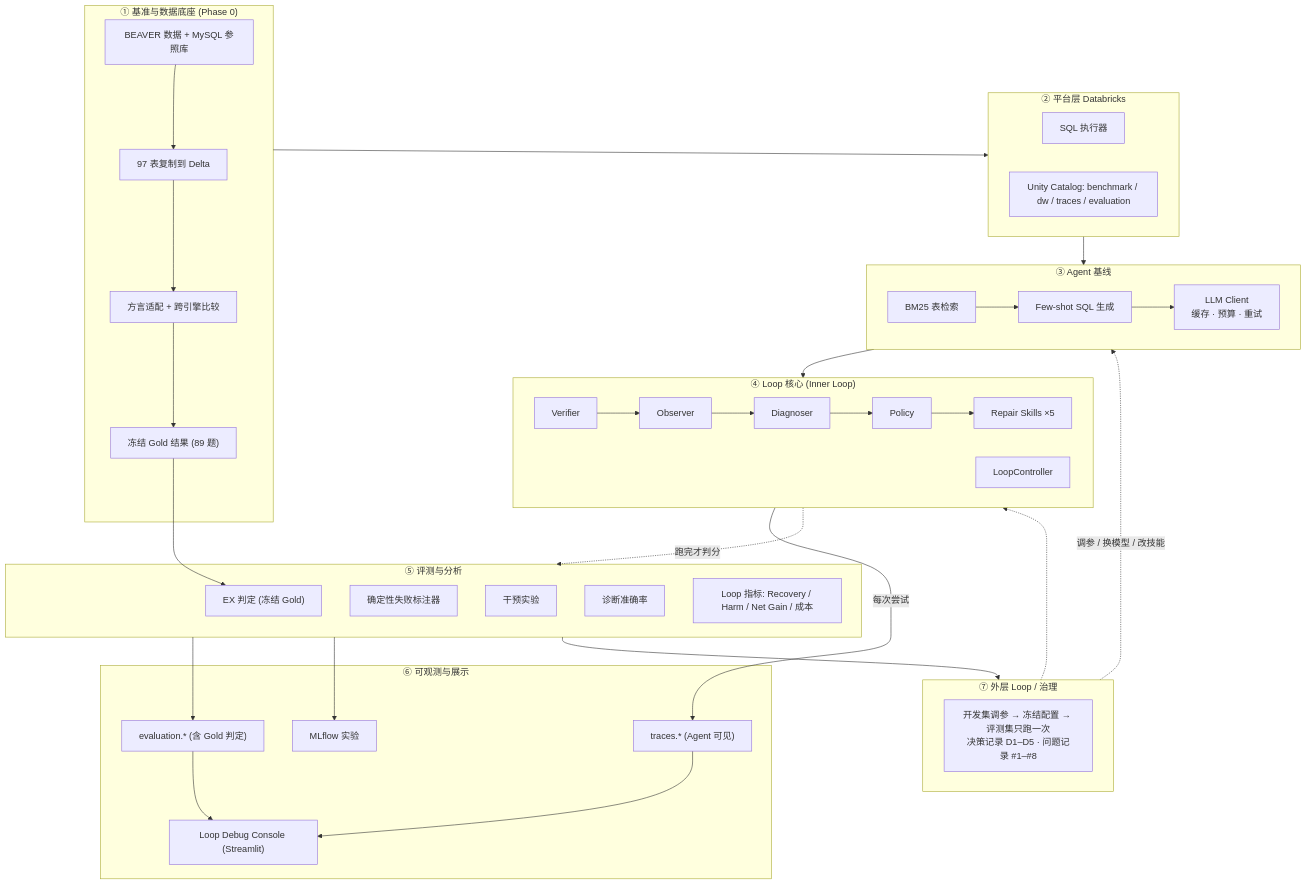
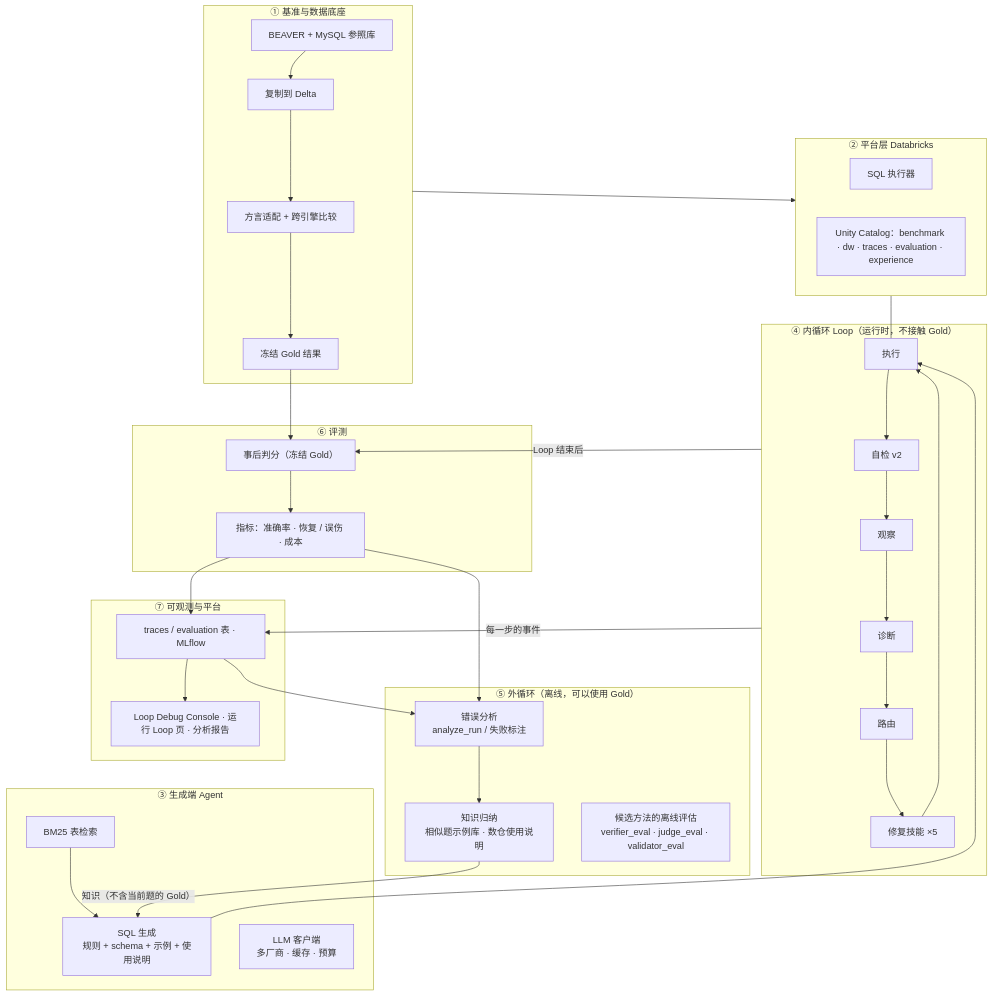
One commit to mushan-shine/Text-To-SQL-Agent changed the diagram in docs/ARCHITECTURE.md. Above: the diagram before and after it, drawn with Mermaid. The commit also changed other lines of this file and 41 other files, not shown here.

````diff
--- a/docs/ARCHITECTURE.md
+++ b/docs/ARCHITECTURE.md
@@ -22,50 +27,45 @@
 ```mermaid
 flowchart TB
-    subgraph L6["⑦ 外层 Loop / 治理"]
-        OUT["开发集调参 → 冻结配置 → 评测集只跑一次<br/>决策记录 D1–D5 · 问题记录 #1–#8"]
+    subgraph OUT["⑤ 外循环（离线，可以使用 Gold）"]
+        AN["错误分析<br/>analyze_run / 失败标注"] --> KN["知识归纳<br/>相似题示例库 · 数仓使用说明"]
+        EV2["候选方法的离线评估<br/>verifier_eval · judge_eval · validator_eval"]
     end
 
-    subgraph L5["⑥ 可观测与展示"]
-        TR["traces.* (Agent 可见)"]
-        EV["evaluation.* (含 Gold 判定)"]
-        ML["MLflow 实验"]
-        UI["Loop Debug Console (Streamlit)"]
+    subgraph GEN["③ 生成端 Agent"]
+        RT["BM25 表检索"] --> GE["SQL 生成<br/>规则 + schema + 示例 + 使用说明"]
+        LLM["LLM 客户端<br/>多厂商 · 缓存 · 预算"]
     end
 
-    subgraph L4["⑤ 评测与分析"]
-        EX["EX 判定 (冻结 Gold)"]
-        LB["确定性失败标注器"]
-        IV["干预实验"]
-        DA["诊断准确率"]
-        LM["Loop 指标: Recovery / Harm / Net Gain / 成本"]
+    subgraph IN["④ 内循环 Loop（运行时，不接触 Gold）"]
+        EX["执行"] --> VF["自检 v2"] --> OB["观察"] --> DG["诊断"] --> PL["路由"] --> SK["修复技能 ×5"]
+        SK --> EX
     end
 
-    subgraph L3["④ Loop 核心 (Inner Loop)"]
-        VF["Verifier"] --> OB["Observer"] --> DG["Diagnoser"] --> PL["Policy"] --> SK["Repair Skills ×5"]
-        CT["LoopController"]
+    subgraph PLAT["② 平台层 Databricks"]
+        SQL["SQL 执行器"]
+        UC["Unity Catalog：benchmark · dw · traces · evaluation · experience"]
     end
 
-    subgraph L2["③ Agent 基线"]
-        RT["BM25 表检索"] --> GN["Few-shot SQL 生成"] --> LLM["LLM Client<br/>缓存 · 预算 · 重试"]
+    subgraph BASE["① 基准与数据底座"]
+        BV["BEAVER + MySQL 参照库"] --> RP["复制到 Delta"] --> AD["方言适配 + 跨引擎比较"] --> GD["冻结 Gold 结果"]
     end
 
-    subgraph L1["② 平台层 Databricks"]
-        EXE["SQL 执行器"]
-        UC["Unity Catalog: benchmark / dw / traces / evaluation"]
+    subgraph EVAL["⑥ 评测"]
+        JU["事后判分（冻结 Gold）"] --> MET["指标：准确率 · 恢复 / 误伤 · 成本"]
     end
 
-    subgraph L0["① 基准与数据底座 (Phase 0)"]
-        BV["BEAVER 数据 + MySQL 参照库"] --> RP["97 表复制到 Delta"] --> AD["方言适配 + 跨引擎比较"] --> GD["冻结 Gold 结果 (89 题)"]
+    subgraph OBS["⑦ 可观测与平台"]
+        TR["traces / evaluation 表 · MLflow"] --> UI["Loop Debug Console · 运行 Loop 页 · 分析报告"]
     end
 
-    L0 --> L1 --> L2 --> L3
-    L3 -- "每次尝试" --> TR
-    L3 -. "跑完才判分" .-> L4
-    GD --> EX
-    L4 --> EV --> UI
-    TR --> UI
-    L4 --> ML
-    L4 --> L6
-    L6 -. "调参 / 换模型 / 改技能" .-> L2
-    L6 -.-> L3
+    BASE --> PLAT
+    KN -- "知识（不含当前题的 Gold）" --> GE
+    GE --> EX
+    PLAT --- EX
+    IN -- "Loop 结束后" --> JU
+    GD --> JU
+    IN -- "每一步的事件" --> TR
+    MET --> TR
+    TR --> AN
+    MET --> AN
 ```
````
